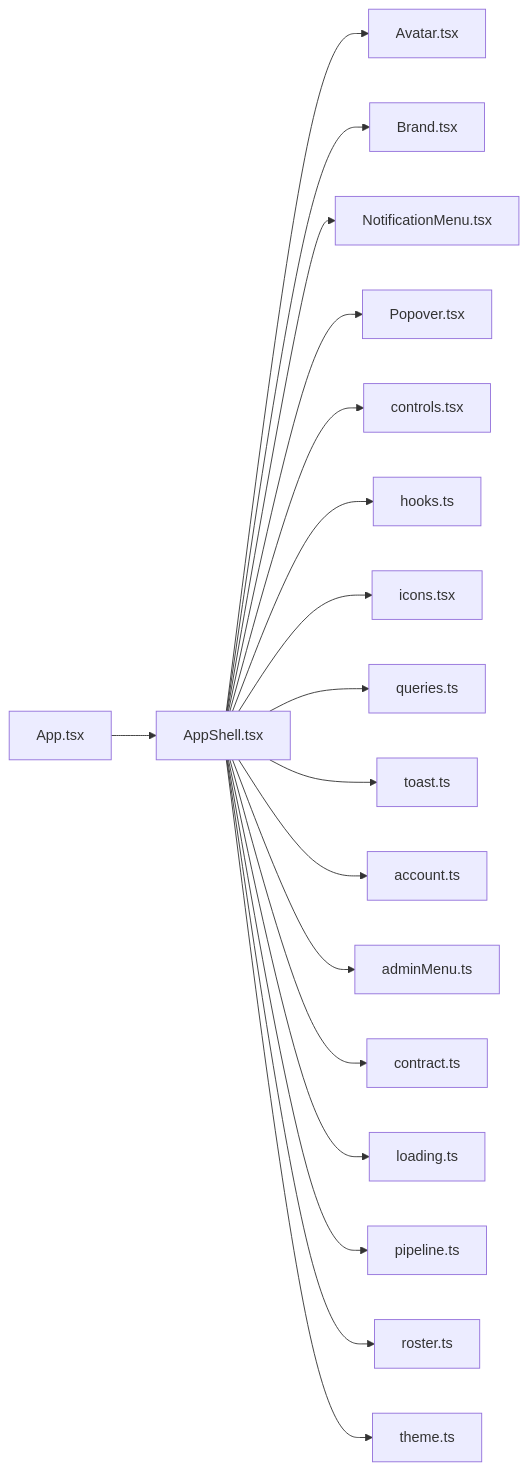
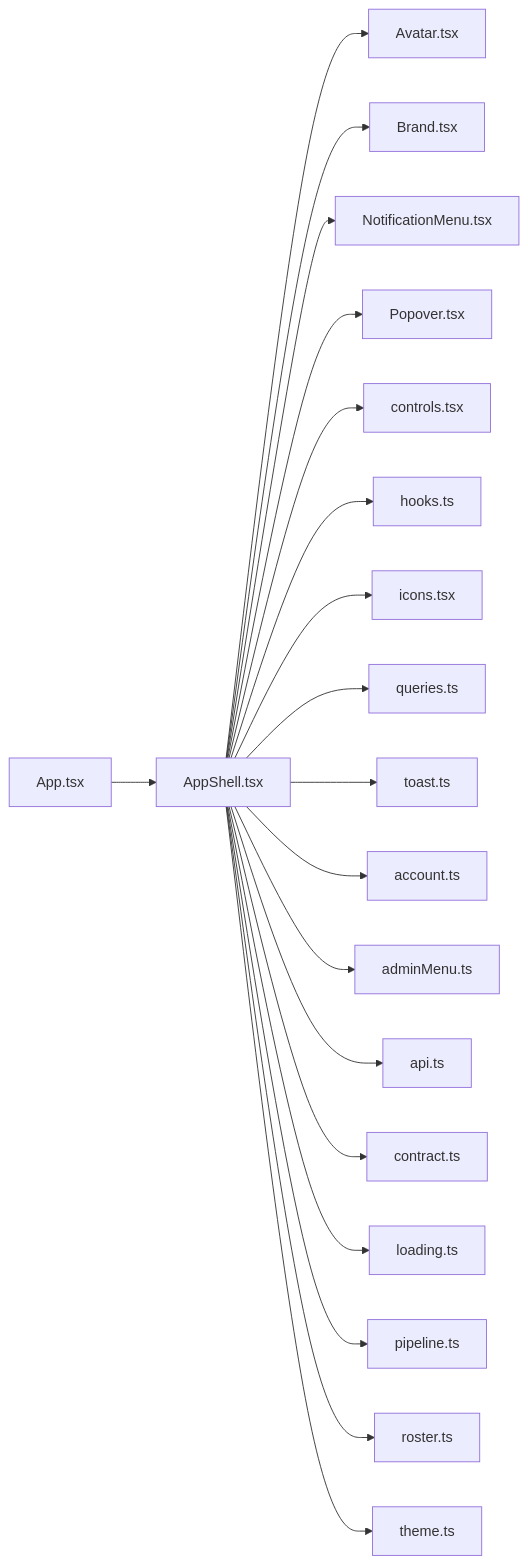
The diagram in .cluedoc/graph/frontend/src/components/AppShell.md (minkong-dev/Banblit), drawn with Mermaid before and after one commit. The commit also changed other lines of this file and 60 other files, not shown here.

````diff
--- a/.cluedoc/graph/frontend/src/components/AppShell.md
+++ b/.cluedoc/graph/frontend/src/components/AppShell.md
@@ -10,21 +10,22 @@
 ```mermaid
 flowchart LR
   frontend_src_components_AppShell["AppShell.tsx"]
   frontend_src_components_AppShell --> frontend_src_components_Avatar["Avatar.tsx"]
   frontend_src_components_AppShell --> frontend_src_components_Brand["Brand.tsx"]
   frontend_src_components_AppShell --> frontend_src_components_NotificationMenu["NotificationMenu.tsx"]
   frontend_src_components_AppShell --> frontend_src_components_Popover["Popover.tsx"]
   frontend_src_components_AppShell --> frontend_src_components_controls["controls.tsx"]
   frontend_src_components_AppShell --> frontend_src_components_hooks["hooks.ts"]
   frontend_src_components_AppShell --> frontend_src_components_icons["icons.tsx"]
   frontend_src_components_AppShell --> frontend_src_components_queries["queries.ts"]
   frontend_src_components_AppShell --> frontend_src_components_toast["toast.ts"]
   frontend_src_components_AppShell --> frontend_src_lib_account["account.ts"]
   frontend_src_components_AppShell --> frontend_src_lib_adminMenu["adminMenu.ts"]
+  frontend_src_components_AppShell --> frontend_src_lib_api["api.ts"]
   frontend_src_components_AppShell --> frontend_src_lib_contract["contract.ts"]
   frontend_src_components_AppShell --> frontend_src_lib_loading["loading.ts"]
   frontend_src_components_AppShell --> frontend_src_lib_pipeline["pipeline.ts"]
   frontend_src_components_AppShell --> frontend_src_lib_roster["roster.ts"]
   frontend_src_components_AppShell --> frontend_src_lib_theme["theme.ts"]
   frontend_src_App["App.tsx"] --> frontend_src_components_AppShell
 ```
````
